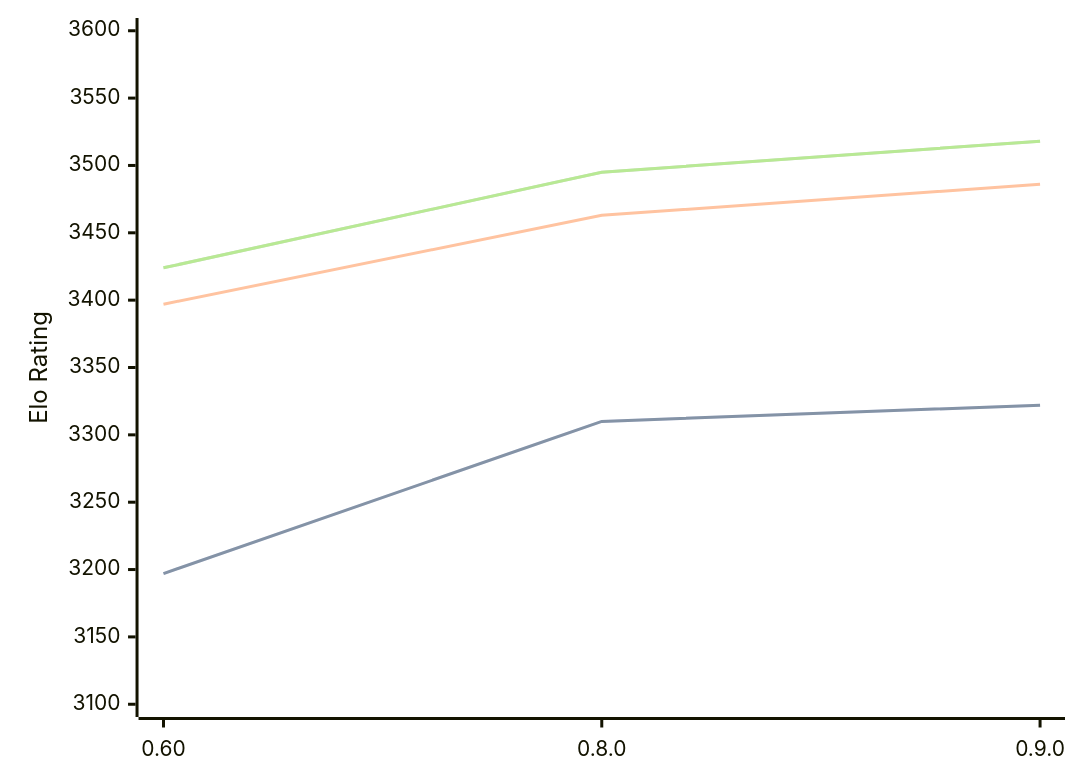
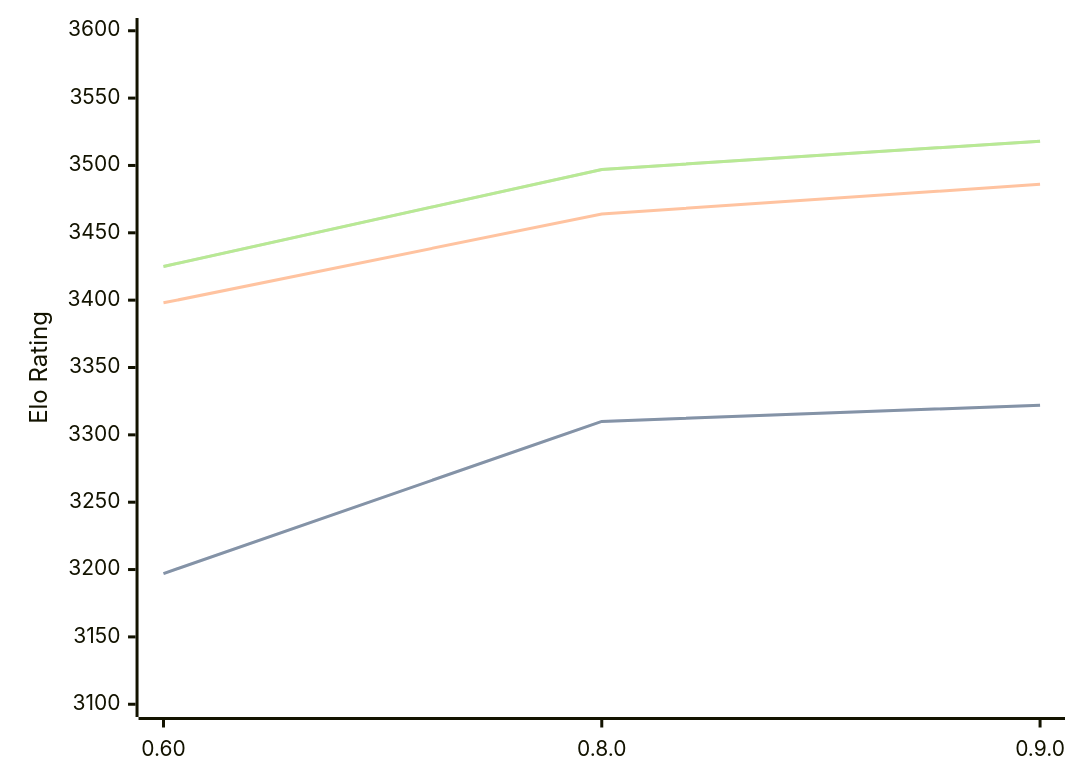
Before and after one commit to computer-chess-index/cci: the diagram in engines/Motor.md, drawn with Mermaid. The commit also changed other lines of this file, not shown here.

Commit message:
Update CCI Ratings (ELO VLTC) - 2026-05-22

````diff
--- a/engines/Motor.md
+++ b/engines/Motor.md
@@ -39,11 +39,11 @@
 ```mermaid
 %%{init: {"theme":"base","themeVariables":{"seriesColors:['#a3a3a3','#222221','#faa371']}}}%%
 xychart-beta
   x-axis ["0.60", "0.8.0", "0.9.0"]
   y-axis "Elo Rating" 3100 --> 3600
   line "STC (8.0+0.08s)" [3197, 3310, 3322]
   line "STC (8.0+0.08s)" [3197, 3310, 3322]
-  line "LTC (60.0+0.60s)" [3397, 3463, 3486]
-  line "VLTC (2m24s+1.12s)" [3424, 3495, 3518]
-  line "VLTC (2m24s+1.12s)" [3424, 3495, 3518]
+  line "LTC (60.0+0.60s)" [3398, 3464, 3486]
+  line "VLTC (2m24s+1.12s)" [3425, 3497, 3518]
+  line "VLTC (2m24s+1.12s)" [3425, 3497, 3518]
 ```
````
